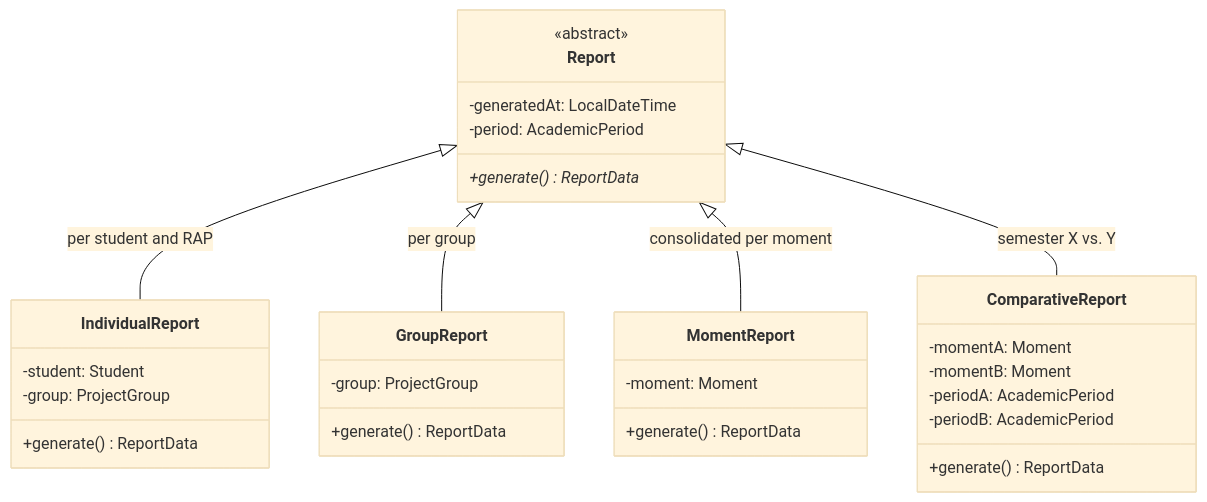
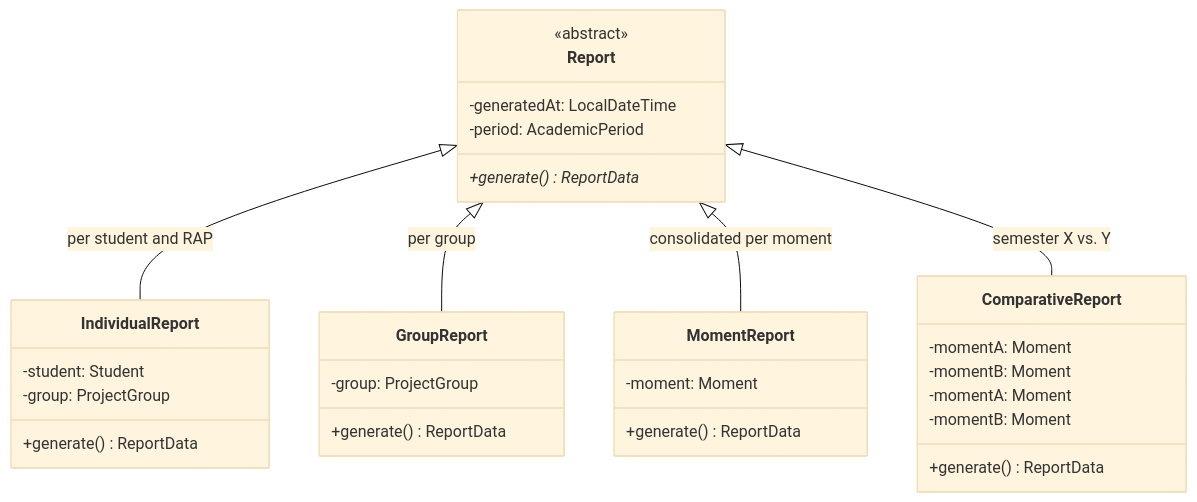
The second of 6 diagrams in docs/diagramas/diagrama_jerarquias.md (Oskarsito7/SIERAP), drawn with Mermaid (base theme) before and after one commit. The commit also changed other lines of this file and 15 other files, not shown here.

First line of the commit message:
docs: diagrams and status as built, Javadoc for the report records

````diff
--- a/docs/diagramas/diagrama_jerarquias.md
+++ b/docs/diagramas/diagrama_jerarquias.md
@@ -101,34 +102,34 @@
 ```mermaid
 classDiagram
 direction BT
 class Report {
   <<abstract>>
   -generatedAt: LocalDateTime
   -period: AcademicPeriod
   +generate()* ReportData
 }
 class IndividualReport {
   -student: Student
   -group: ProjectGroup
   +generate() ReportData
 }
 class GroupReport {
   -group: ProjectGroup
   +generate() ReportData
 }
 class MomentReport {
   -moment: Moment
   +generate() ReportData
 }
 class ComparativeReport {
   -momentA: Moment
   -momentB: Moment
-  -periodA: AcademicPeriod
-  -periodB: AcademicPeriod
+  -momentA: Moment
+  -momentB: Moment
   +generate() ReportData
 }
 IndividualReport --|> Report : per student and RAP
 GroupReport --|> Report : per group
 MomentReport --|> Report : consolidated per moment
 ComparativeReport --|> Report : semester X vs. Y
 ```
````
